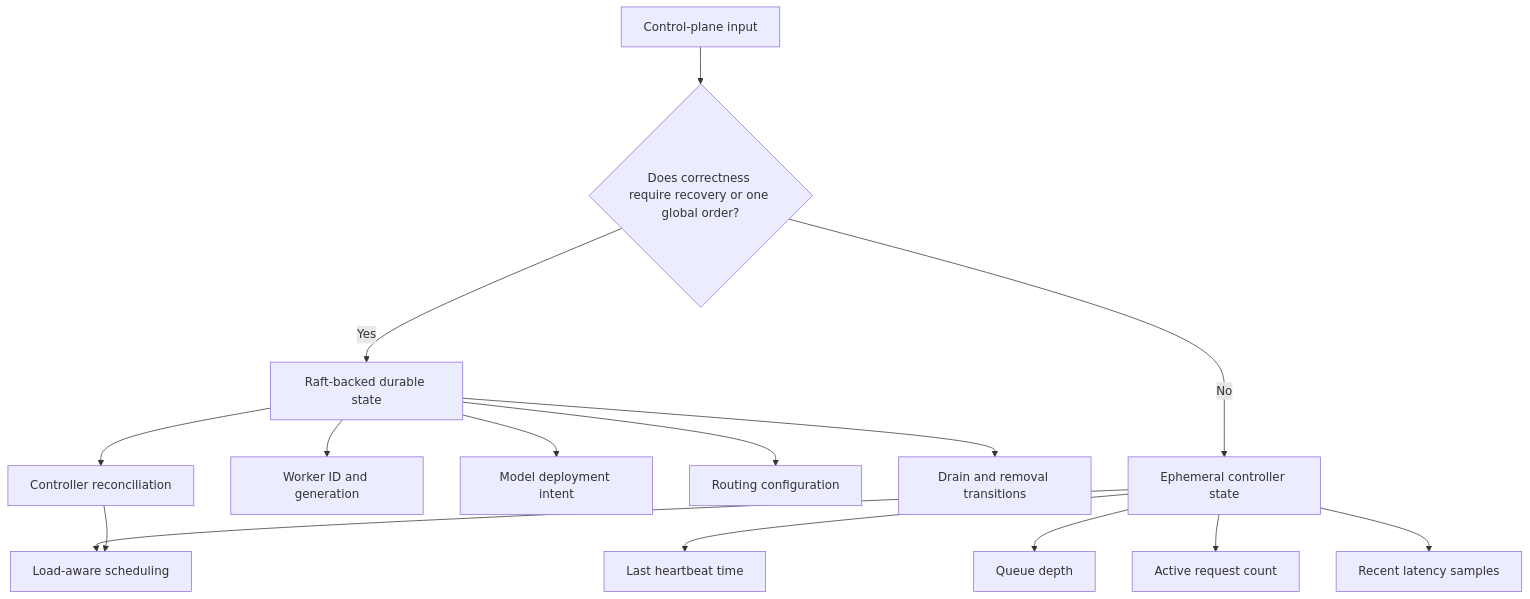
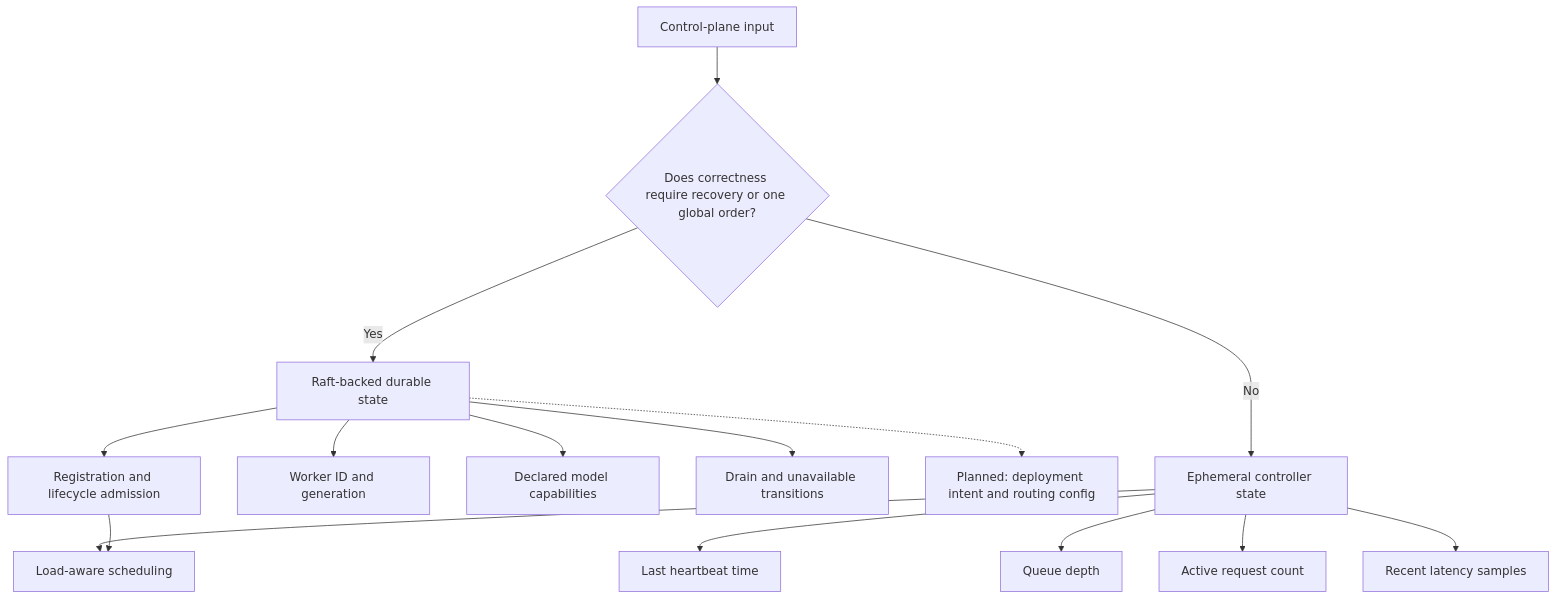
One commit to jiholee5217/distributed-llm-inference-platform changed the second of 6 diagrams in docs/diagrams.md. Above: the diagram before and after it, drawn with Mermaid. The commit also changed other lines of this file and 54 other files, not shown here.

````diff
--- a/docs/diagrams.md
+++ b/docs/diagrams.md
@@ -45,20 +47,20 @@
 ```mermaid
 flowchart TB
     A["Control-plane input"] --> Q{"Does correctness require recovery or one global order?"}
     Q -->|"Yes"| R["Raft-backed durable state"]
     Q -->|"No"| E["Ephemeral controller state"]
 
     R --> R1["Worker ID and generation"]
-    R --> R2["Model deployment intent"]
-    R --> R3["Routing configuration"]
-    R --> R4["Drain and removal transitions"]
+    R --> R2["Declared model capabilities"]
+    R --> R3["Drain and unavailable transitions"]
+    R -.-> RP["Planned: deployment intent and routing config"]
 
     E --> E1["Last heartbeat time"]
     E --> E2["Queue depth"]
     E --> E3["Active request count"]
     E --> E4["Recent latency samples"]
 
-    R --> C["Controller reconciliation"]
+    R --> C["Registration and lifecycle admission"]
     E --> S["Load-aware scheduling"]
     C --> S
 ```
````
